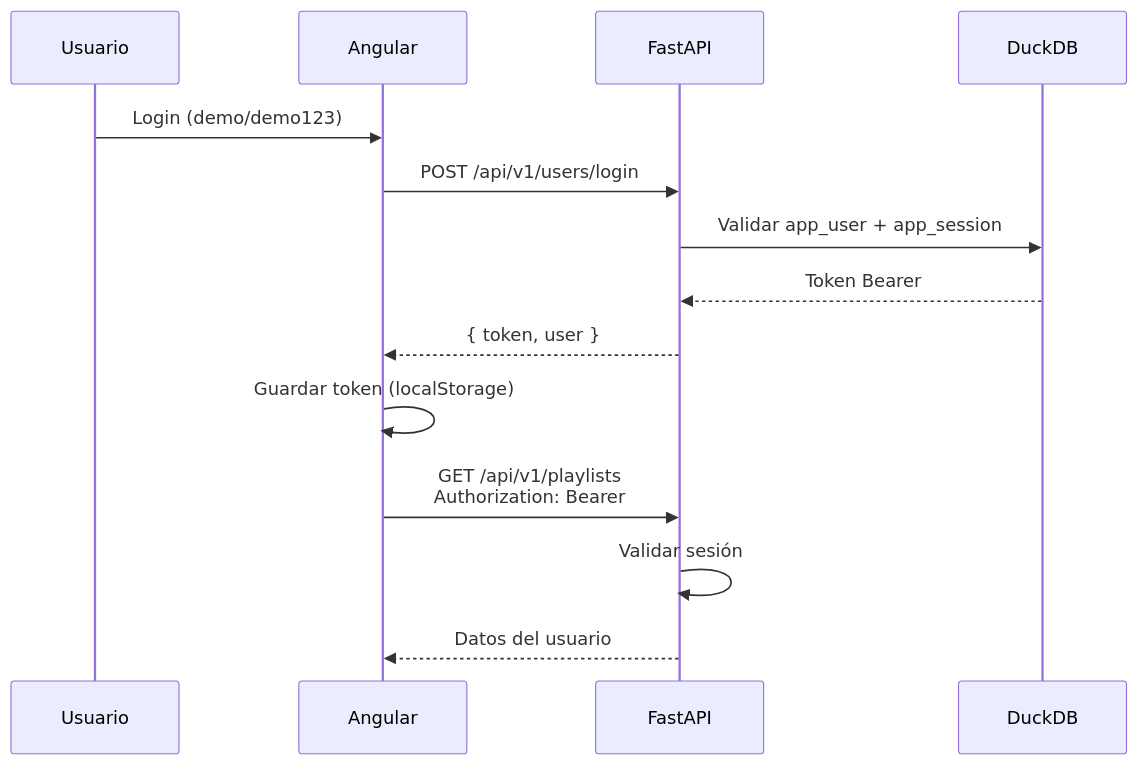
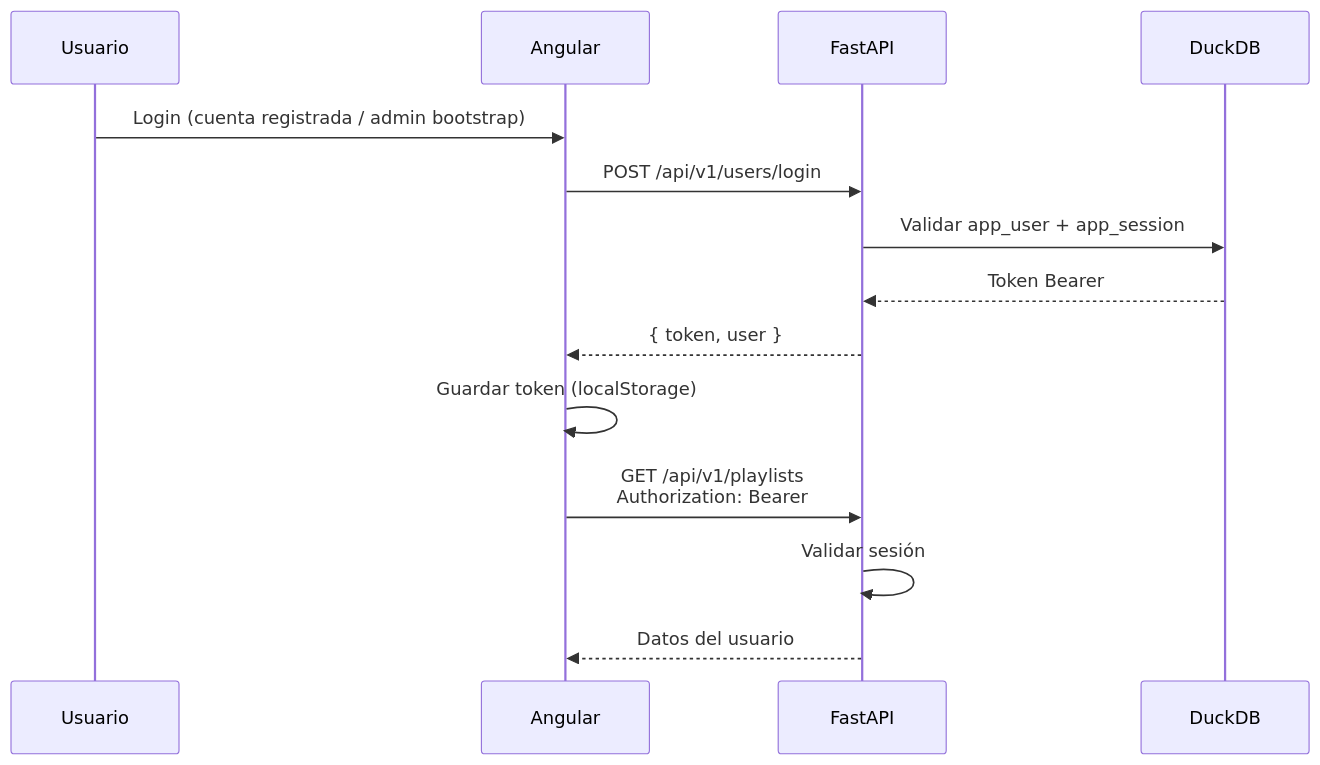
One commit to JosephACS/VOXMETRIKS changed the sixth of 6 diagrams in docs/architecture/architecture.md. Above: the diagram before and after it, drawn with Mermaid. The commit also changed 285 other files, not shown here.

````diff
--- a/docs/architecture/architecture.md
+++ b/docs/architecture/architecture.md
@@ -98,17 +98,17 @@
 ```mermaid
 sequenceDiagram
     participant U as Usuario
     participant FE as Angular
     participant API as FastAPI
     participant DB as DuckDB
 
-    U->>FE: Login (demo/demo123)
+    U->>FE: Login (cuenta registrada / admin bootstrap)
     FE->>API: POST /api/v1/users/login
     API->>DB: Validar app_user + app_session
     DB-->>API: Token Bearer
     API-->>FE: { token, user }
     FE->>FE: Guardar token (localStorage)
     FE->>API: GET /api/v1/playlists<br/>Authorization: Bearer
     API->>API: Validar sesión
     API-->>FE: Datos del usuario
 ```
````
